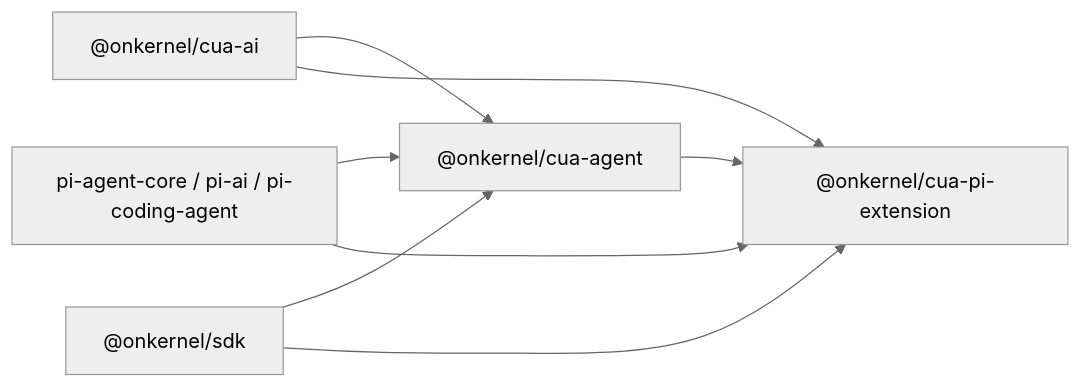
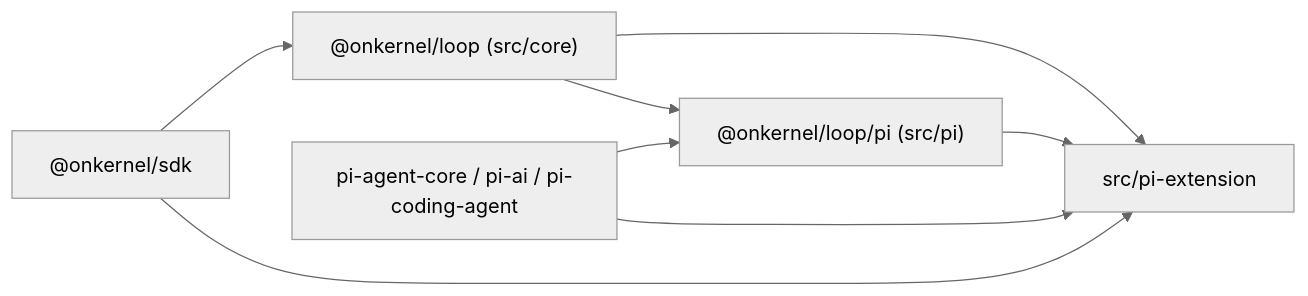
One commit to kernel/browser-loop changed the diagram in docs/architecture.md. Above: the diagram before and after it, drawn with Mermaid (neutral theme). The commit also changed other lines of this file and 201 other files, not shown here.

````diff
--- a/docs/architecture.md
+++ b/docs/architecture.md
@@ -38,15 +45,15 @@
 ```mermaid
 flowchart LR
-  ai["@onkernel/cua-ai"]
-  agent["@onkernel/cua-agent"]
-  ext["@onkernel/cua-pi-extension"]
+  core["@onkernel/loop (src/core)"]
+  pibind["@onkernel/loop/pi (src/pi)"]
+  ext["src/pi-extension"]
   pi["pi-agent-core / pi-ai / pi-coding-agent"]
   sdk["@onkernel/sdk"]
-  ai --> agent
-  agent --> ext
-  ai --> ext
-  pi --> agent
+  core --> pibind
+  core --> ext
+  pibind --> ext
+  pi --> pibind
   pi --> ext
-  sdk --> agent
+  sdk --> core
   sdk --> ext
 ```
````
